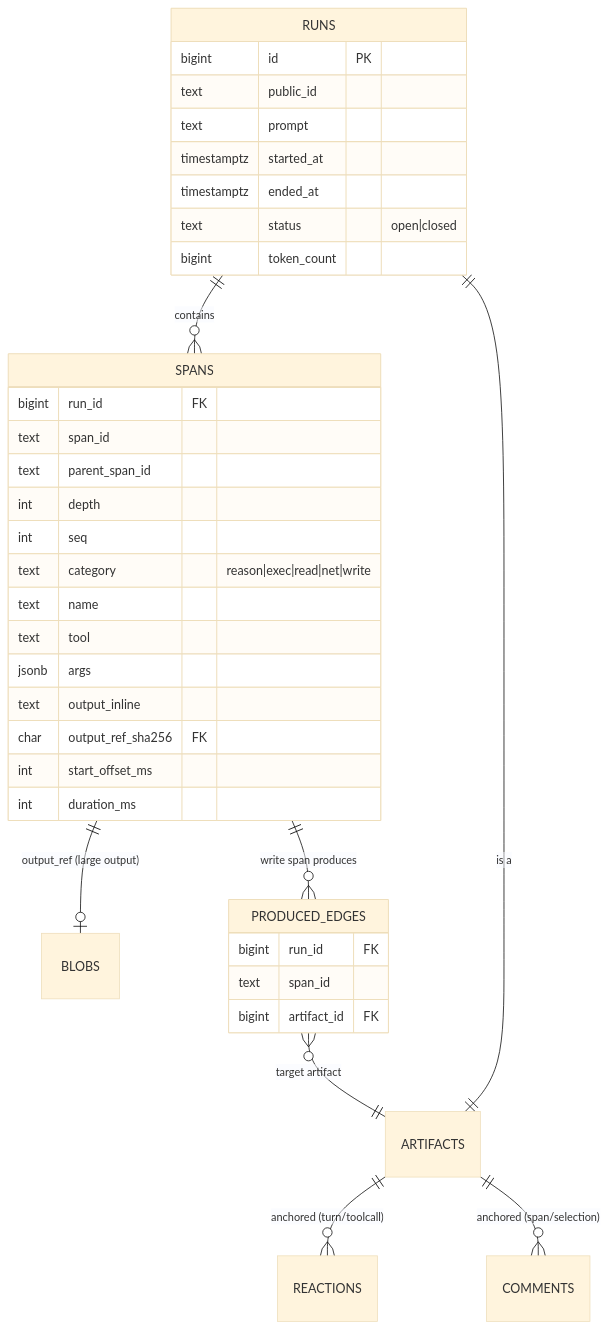
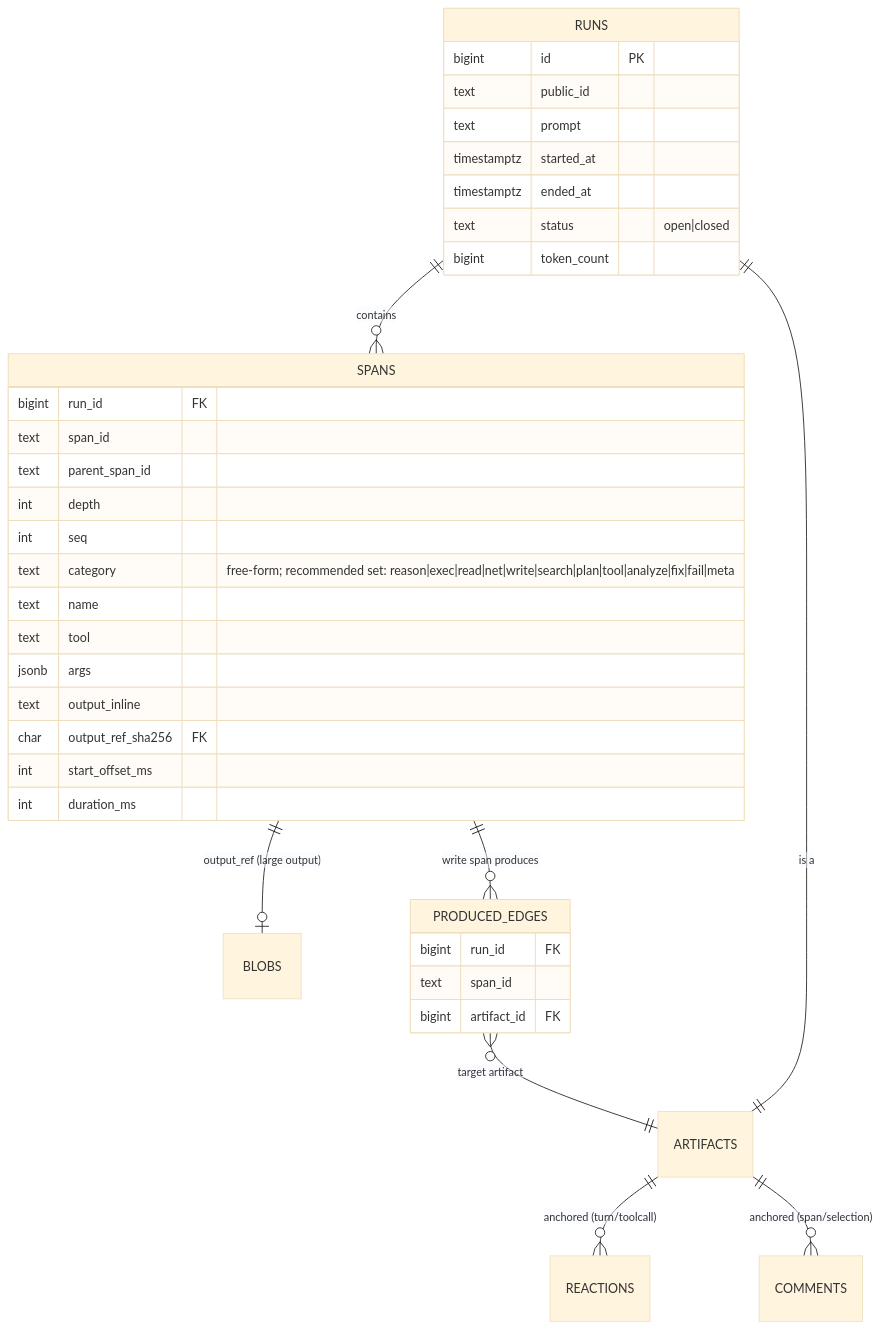
The first of 2 diagrams in docs/openspec/specs/trajectory-share/design.md (stump-wtf/cairn), drawn with Mermaid (base theme) before and after one commit. The commit also changed other lines of this file and 6 other files, not shown here.

First line of the commit message:
fix: expand span category set and relax validation to open enum

````diff
--- a/docs/openspec/specs/trajectory-share/design.md
+++ b/docs/openspec/specs/trajectory-share/design.md
@@ -98,40 +105,40 @@
 ```mermaid
 erDiagram
     RUNS ||--o{ SPANS : contains
     SPANS ||--o| BLOBS : "output_ref (large output)"
     SPANS ||--o{ PRODUCED_EDGES : "write span produces"
     PRODUCED_EDGES }o--|| ARTIFACTS : "target artifact"
     RUNS ||--|| ARTIFACTS : "is a"
     ARTIFACTS ||--o{ REACTIONS : "anchored (turn/toolcall)"
     ARTIFACTS ||--o{ COMMENTS : "anchored (span/selection)"
 
     RUNS {
         bigint id PK
         text public_id
         text prompt
         timestamptz started_at
         timestamptz ended_at
         text status "open|closed"
         bigint token_count
     }
     SPANS {
         bigint run_id FK
         text span_id
         text parent_span_id
         int depth
         int seq
-        text category "reason|exec|read|net|write"
+        text category "free-form; recommended set: reason|exec|read|net|write|search|plan|tool|analyze|fix|fail|meta"
         text name
         text tool
         jsonb args
         text output_inline
         char output_ref_sha256 FK
         int start_offset_ms
         int duration_ms
     }
     PRODUCED_EDGES {
         bigint run_id FK
         text span_id
         bigint artifact_id FK
     }
 ```
````
